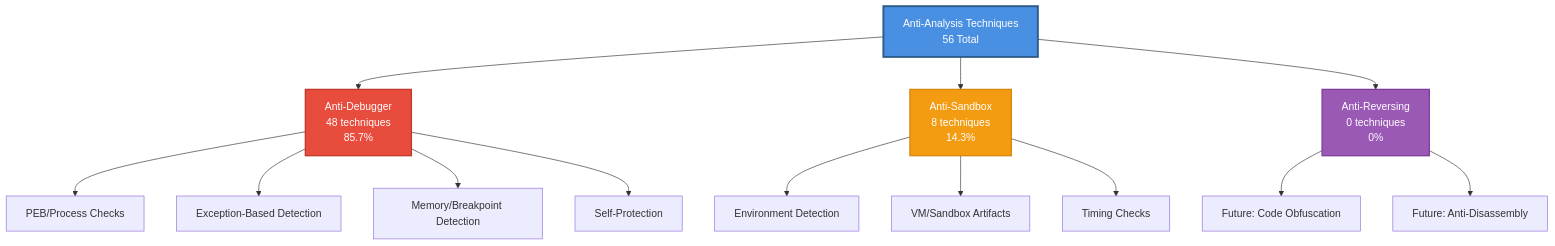
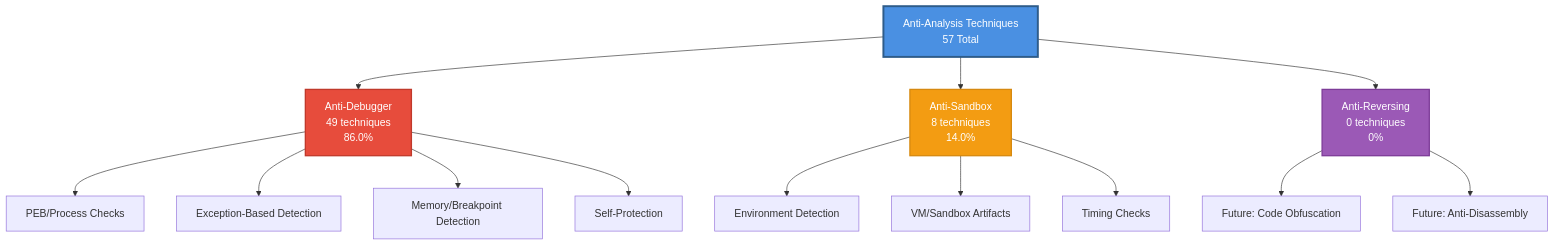
The diagram in README.md (mabj/anti), drawn with Mermaid before and after one commit. The commit also changed other lines of this file and 8 other files, not shown here.

````diff
--- a/README.md
+++ b/README.md
@@ -69,23 +69,23 @@
 ```mermaid
 graph TB
-    A[Anti-Analysis Techniques<br/>56 Total] --> B[Anti-Debugger<br/>48 techniques<br/>85.7%]
-    A --> C[Anti-Sandbox<br/>8 techniques<br/>14.3%]
+    A[Anti-Analysis Techniques<br/>57 Total] --> B[Anti-Debugger<br/>49 techniques<br/>86.0%]
+    A --> C[Anti-Sandbox<br/>8 techniques<br/>14.0%]
     A --> D[Anti-Reversing<br/>0 techniques<br/>0%]
 
     B --> B1[PEB/Process Checks]
     B --> B2[Exception-Based Detection]
     B --> B3[Memory/Breakpoint Detection]
     B --> B4[Self-Protection]
 
     C --> C1[Environment Detection]
     C --> C2[VM/Sandbox Artifacts]
     C --> C3[Timing Checks]
 
     D --> D1[Future: Code Obfuscation]
     D --> D2[Future: Anti-Disassembly]
 
     style A fill:#4A90E2,stroke:#2E5C8A,stroke-width:3px,color:#fff
     style B fill:#E74C3C,stroke:#C0392B,stroke-width:2px,color:#fff
     style C fill:#F39C12,stroke:#D68910,stroke-width:2px,color:#fff
     style D fill:#9B59B6,stroke:#7D3C98,stroke-width:2px,color:#fff
 ```
````
